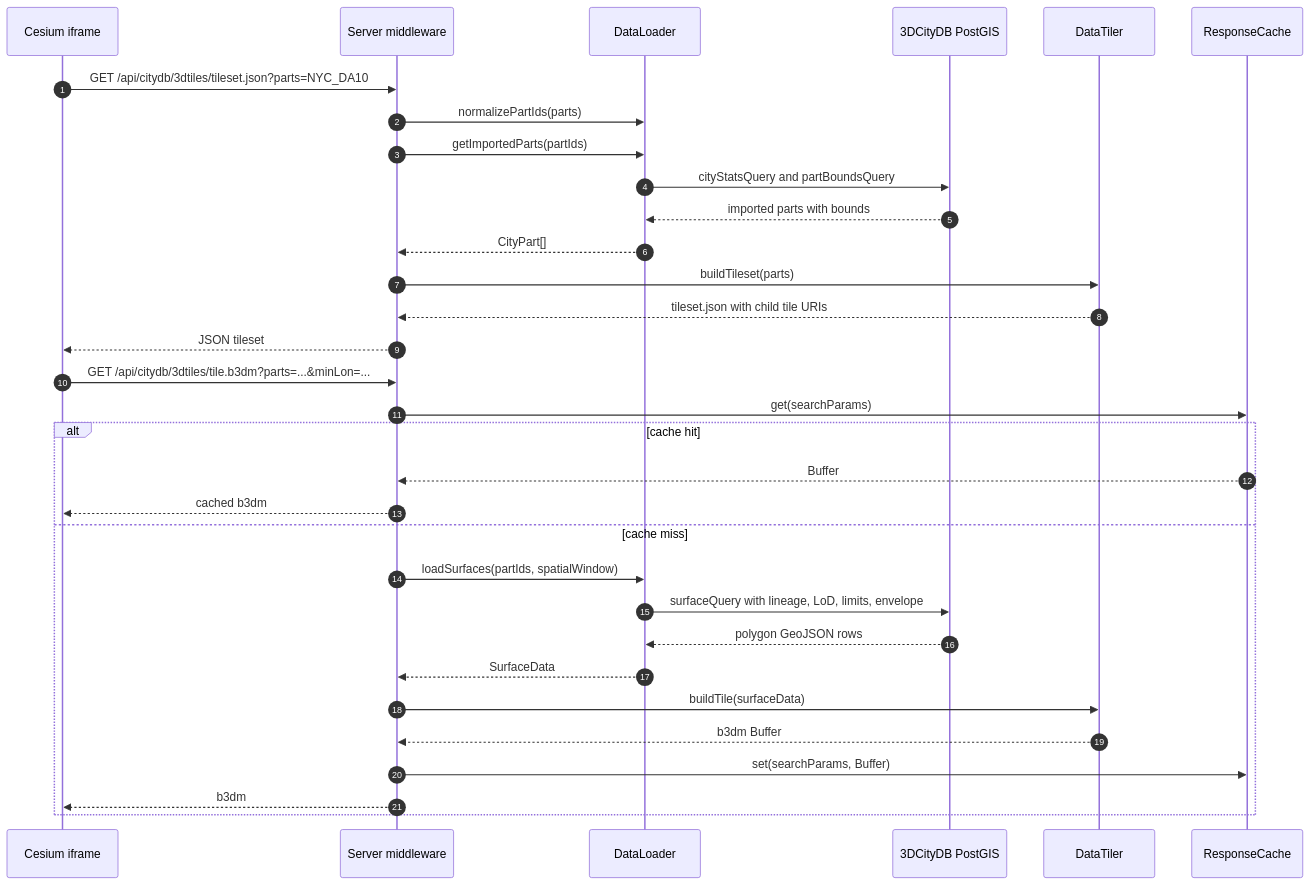
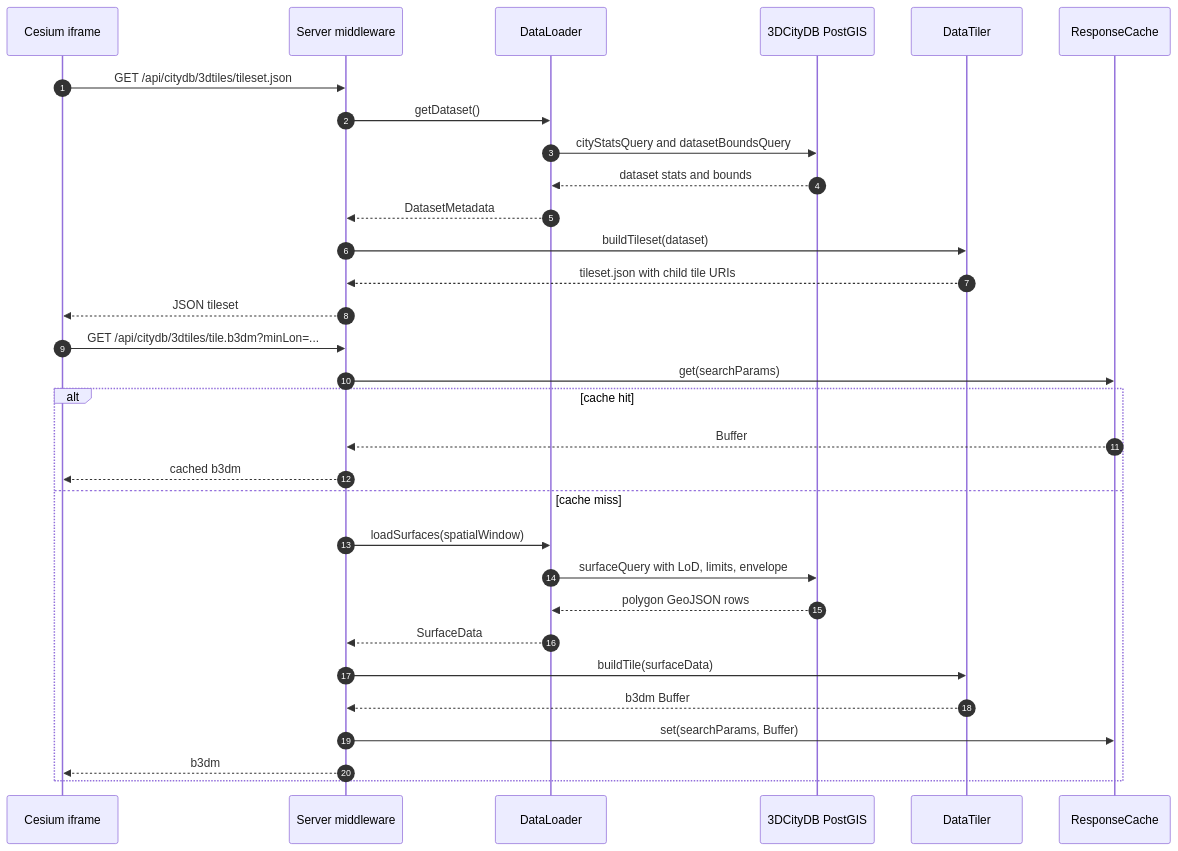
Before and after one commit to AlexisLeite/3ddb: the fifth of 8 diagrams in docs/architecture-diagrams.md, drawn with Mermaid. The commit also changed other lines of this file and 38 other files, not shown here.

````diff
--- a/docs/architecture-diagrams.md
+++ b/docs/architecture-diagrams.md
@@ -327,36 +317,35 @@
 ```mermaid
 sequenceDiagram
   autonumber
   participant Cesium as Cesium iframe
   participant Server as Server middleware
   participant Loader as DataLoader
   participant DB as 3DCityDB PostGIS
   participant Tiler as DataTiler
   participant Cache as ResponseCache
 
-  Cesium->>Server: GET /api/citydb/3dtiles/tileset.json?parts=NYC_DA10
-  Server->>Loader: normalizePartIds(parts)
-  Server->>Loader: getImportedParts(partIds)
-  Loader->>DB: cityStatsQuery and partBoundsQuery
-  DB-->>Loader: imported parts with bounds
-  Loader-->>Server: CityPart[]
-  Server->>Tiler: buildTileset(parts)
+  Cesium->>Server: GET /api/citydb/3dtiles/tileset.json
+  Server->>Loader: getDataset()
+  Loader->>DB: cityStatsQuery and datasetBoundsQuery
+  DB-->>Loader: dataset stats and bounds
+  Loader-->>Server: DatasetMetadata
+  Server->>Tiler: buildTileset(dataset)
   Tiler-->>Server: tileset.json with child tile URIs
   Server-->>Cesium: JSON tileset
 
-  Cesium->>Server: GET /api/citydb/3dtiles/tile.b3dm?parts=...&minLon=...
+  Cesium->>Server: GET /api/citydb/3dtiles/tile.b3dm?minLon=...
   Server->>Cache: get(searchParams)
   alt cache hit
     Cache-->>Server: Buffer
     Server-->>Cesium: cached b3dm
   else cache miss
-    Server->>Loader: loadSurfaces(partIds, spatialWindow)
-    Loader->>DB: surfaceQuery with lineage, LoD, limits, envelope
+    Server->>Loader: loadSurfaces(spatialWindow)
+    Loader->>DB: surfaceQuery with LoD, limits, envelope
     DB-->>Loader: polygon GeoJSON rows
     Loader-->>Server: SurfaceData
     Server->>Tiler: buildTile(surfaceData)
     Tiler-->>Server: b3dm Buffer
     Server->>Cache: set(searchParams, Buffer)
     Server-->>Cesium: b3dm
   end
 ```
````
